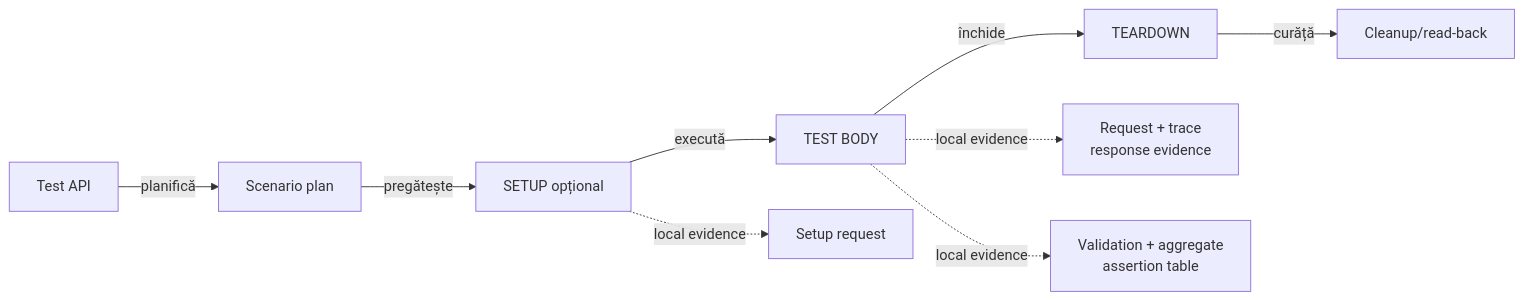
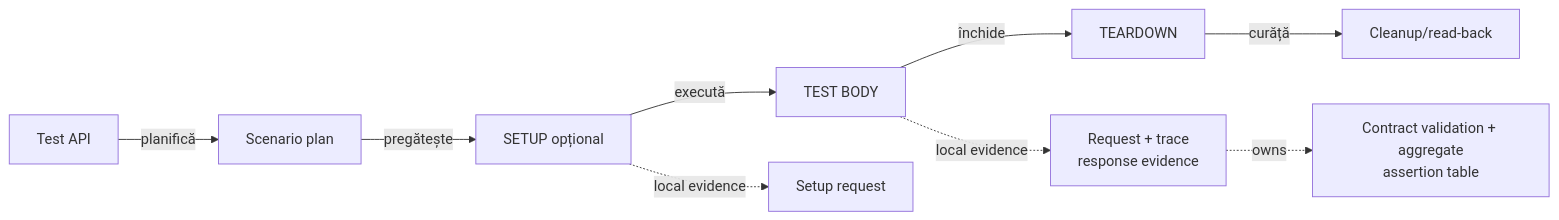
The diagram in docs/ATF_Api_Test_Guide.md (crististefanita/demo2), drawn with Mermaid before and after one commit. The commit also changed other lines of this file and 298 other files, not shown here.

````diff
--- a/docs/ATF_Api_Test_Guide.md
+++ b/docs/ATF_Api_Test_Guide.md
@@ -37,11 +37,11 @@
 ```mermaid
 flowchart LR
     Test[Test API] -->|planifică| Plan[Scenario plan]
     Plan -->|pregătește| Setup[SETUP opțional]
     Setup -->|execută| Body[TEST BODY]
     Body -->|închide| Teardown[TEARDOWN]
     Teardown -->|curăță| Cleanup[Cleanup/read-back]
     Setup -. local evidence .-> SetupRequest[Setup request]
     Body -. local evidence .-> BodyRequest[Request + trace<br/>response evidence]
-    Body -. local evidence .-> BodyValidation[Validation + aggregate<br/>assertion table]
+    BodyRequest -. owns .-> BodyValidation[Contract validation + aggregate<br/>assertion table]
 ```
````
